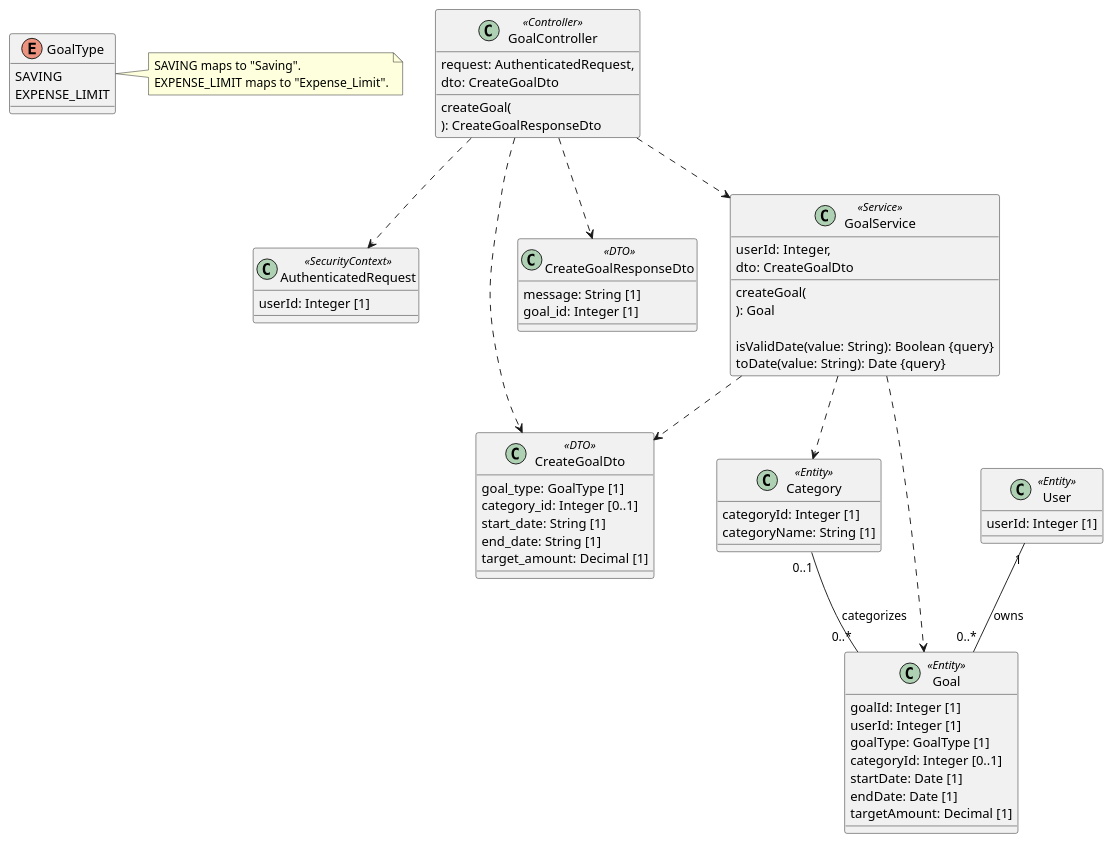
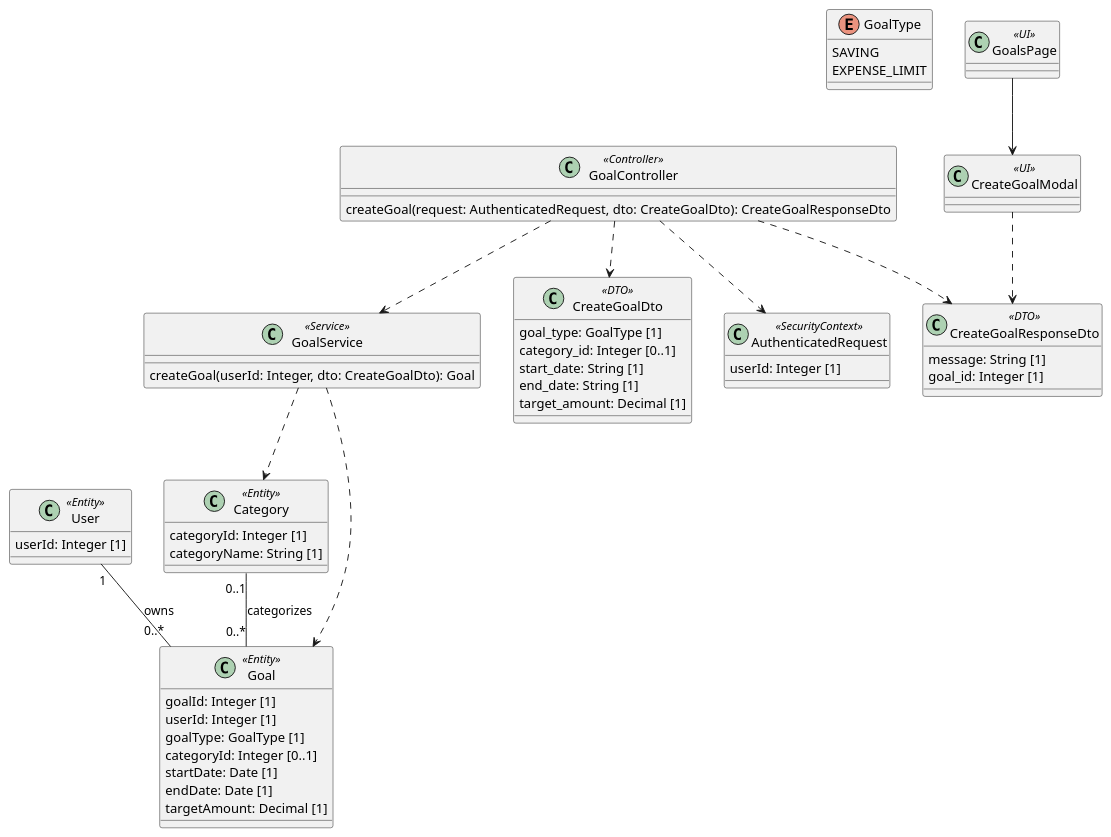
Before and after one commit to tudzct/business-vibe-coding: the diagram in docs/01-inception/use-cases/uc-14-create-financial-goal.md, drawn with PlantUML. The commit also changed other lines of this file and 19 other files, not shown here.

```diff
--- a/docs/01-inception/use-cases/uc-14-create-financial-goal.md
+++ b/docs/01-inception/use-cases/uc-14-create-financial-goal.md
@@ -108,80 +112,68 @@
 ~~~plantuml
 @startuml
 
 enum GoalType {
   SAVING
   EXPENSE_LIMIT
 }
-
-note right of GoalType
-  SAVING maps to "Saving".
-  EXPENSE_LIMIT maps to "Expense_Limit".
-end note
 
 class AuthenticatedRequest <<SecurityContext>> {
   userId: Integer [1]
 }
 
 class User <<Entity>> {
   userId: Integer [1]
 }
 
 class Category <<Entity>> {
   categoryId: Integer [1]
   categoryName: String [1]
 }
 
 class Goal <<Entity>> {
   goalId: Integer [1]
   userId: Integer [1]
   goalType: GoalType [1]
   categoryId: Integer [0..1]
   startDate: Date [1]
   endDate: Date [1]
   targetAmount: Decimal [1]
 }
 
 class CreateGoalDto <<DTO>> {
   goal_type: GoalType [1]
   category_id: Integer [0..1]
   start_date: String [1]
   end_date: String [1]
   target_amount: Decimal [1]
 }
 
 class CreateGoalResponseDto <<DTO>> {
   message: String [1]
   goal_id: Integer [1]
 }
 
 class GoalController <<Controller>> {
-  createGoal(
-    request: AuthenticatedRequest,
-    dto: CreateGoalDto
-  ): CreateGoalResponseDto
+  createGoal(request: AuthenticatedRequest, dto: CreateGoalDto): CreateGoalResponseDto
 }
 
 class GoalService <<Service>> {
-  createGoal(
-    userId: Integer,
-    dto: CreateGoalDto
-  ): Goal
+  createGoal(userId: Integer, dto: CreateGoalDto): Goal
+}
 
-  isValidDate(value: String): Boolean {query}
-  toDate(value: String): Date {query}
-}
+class GoalsPage <<UI>>
+class CreateGoalModal <<UI>>
 
 User "1" -- "0..*" Goal : owns
 Category "0..1" -- "0..*" Goal : categorizes
-
 GoalController ..> AuthenticatedRequest
 GoalController ..> CreateGoalDto
 GoalController ..> CreateGoalResponseDto
 GoalController ..> GoalService
-
 GoalService ..> Goal
 GoalService ..> Category
-GoalService ..> CreateGoalDto
+GoalsPage --> CreateGoalModal
+CreateGoalModal ..> CreateGoalResponseDto
 
 @enduml
 ~~~
```
